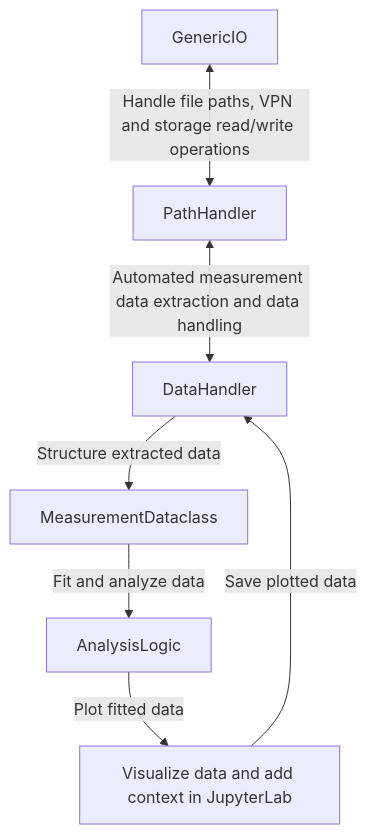
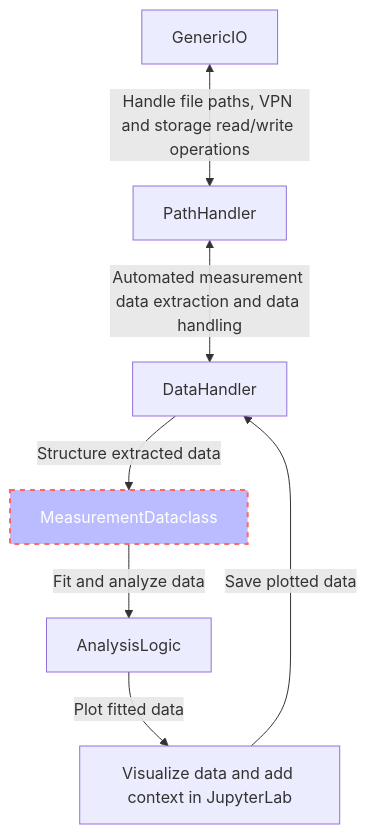
One commit to dineshpinto/qudi-hira-analysis changed the first of 2 diagrams in README.md. Above: the diagram before and after it, drawn with Mermaid.

````diff
--- a/README.md
+++ b/README.md
@@ -18,9 +18,10 @@
 ```mermaid
 flowchart TD;
     GenericIO<-- Handle file paths, VPN and storage read/write operations -->PathHandler;
     PathHandler<-- Automated measurement data extraction and data handling -->DataHandler;
     DataHandler-- Structure extracted data -->MeasurementDataclass;
     MeasurementDataclass-- Fit and analyze data -->AnalysisLogic;
     AnalysisLogic-- Plot fitted data --> Plot[Visualize data and add context in JupyterLab];
     Plot-- Save plotted data --> DataHandler;
+    style MeasurementDataclass fill:#bbf,stroke:#f66,stroke-width:2px,color:#fff,stroke-dasharray: 5 5
 ```
````
